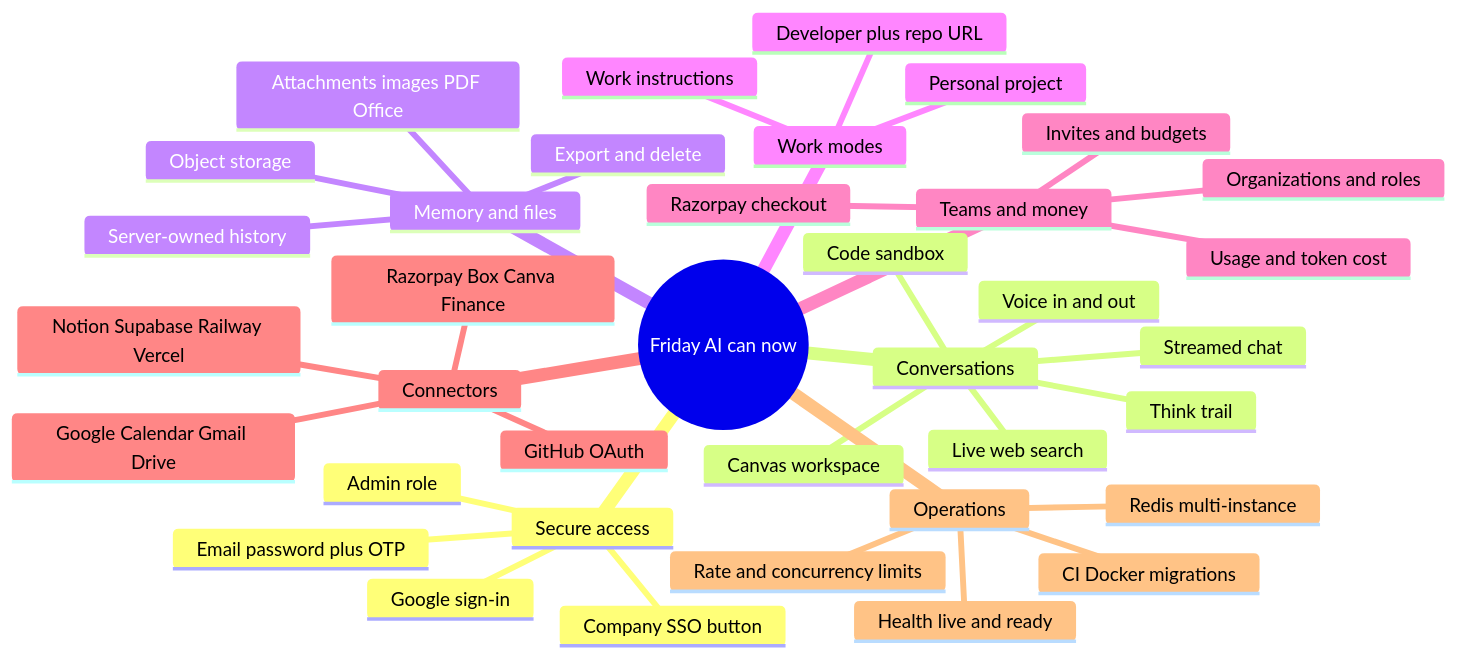
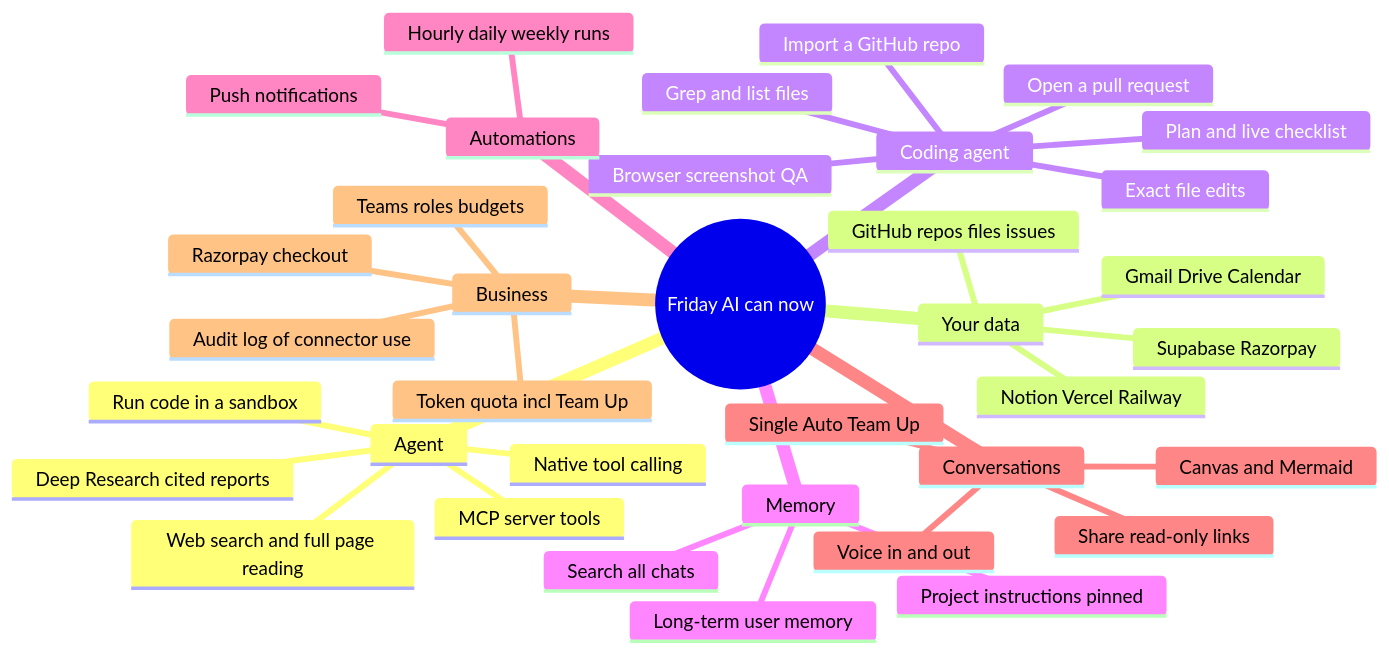
The diagram in docs/diagrams/02-what-system-can-do.mmd (billionairestechnologies/Friday-ai), drawn with Mermaid before and after one commit. The commit also changed 44 other files, not shown here.

First line of the commit message:
Update diagrams, docs and add CLAUDE.md project memory for the agent-platform upgrade

```diff
--- a/docs/diagrams/02-what-system-can-do.mmd
+++ b/docs/diagrams/02-what-system-can-do.mmd
@@ -1,38 +1,37 @@
 mindmap
   root((Friday AI can now))
-    Secure access
-      Email password plus OTP
-      Google sign-in
-      Company SSO button
-      Admin role
+    Agent
+      Native tool calling
+      Web search and full page reading
+      Run code in a sandbox
+      Deep Research cited reports
+      MCP server tools
+    Your data
+      GitHub repos files issues
+      Gmail Drive Calendar
+      Notion Vercel Railway
+      Supabase Razorpay
+    Coding agent
+      Plan and live checklist
+      Exact file edits
+      Grep and list files
+      Import a GitHub repo
+      Open a pull request
+      Browser screenshot QA
+    Memory
+      Long-term user memory
+      Search all chats
+      Project instructions pinned
+    Automations
+      Hourly daily weekly runs
+      Push notifications
     Conversations
-      Streamed chat
-      Think trail
-      Live web search
-      Canvas workspace
+      Single Auto Team Up
+      Canvas and Mermaid
       Voice in and out
-      Code sandbox
-    Memory and files
-      Server-owned history
-      Attachments images PDF Office
-      Object storage
-      Export and delete
-    Work modes
-      Personal project
-      Work instructions
-      Developer plus repo URL
-    Teams and money
-      Organizations and roles
-      Invites and budgets
-      Usage and token cost
+      Share read-only links
+    Business
+      Teams roles budgets
+      Token quota incl Team Up
       Razorpay checkout
-    Connectors
-      GitHub OAuth
-      Google Calendar Gmail Drive
-      Notion Supabase Railway Vercel
-      Razorpay Box Canva Finance
-    Operations
-      Rate and concurrency limits
-      Redis multi-instance
-      Health live and ready
-      CI Docker migrations
+      Audit log of connector use
```
